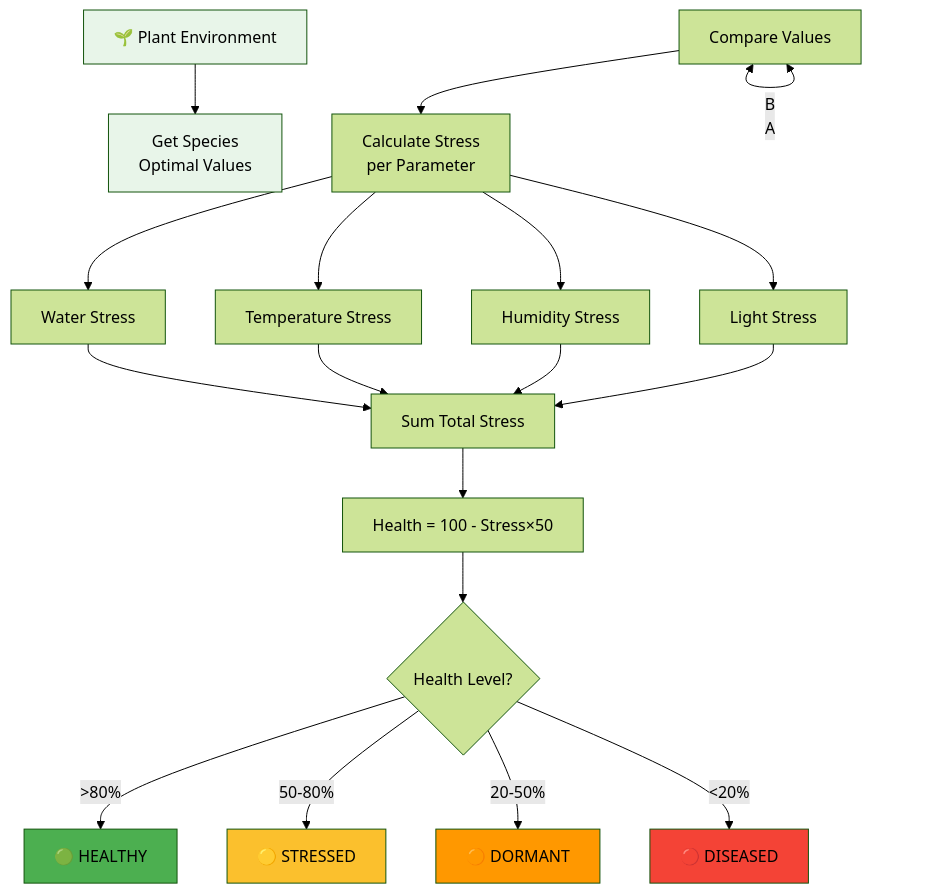
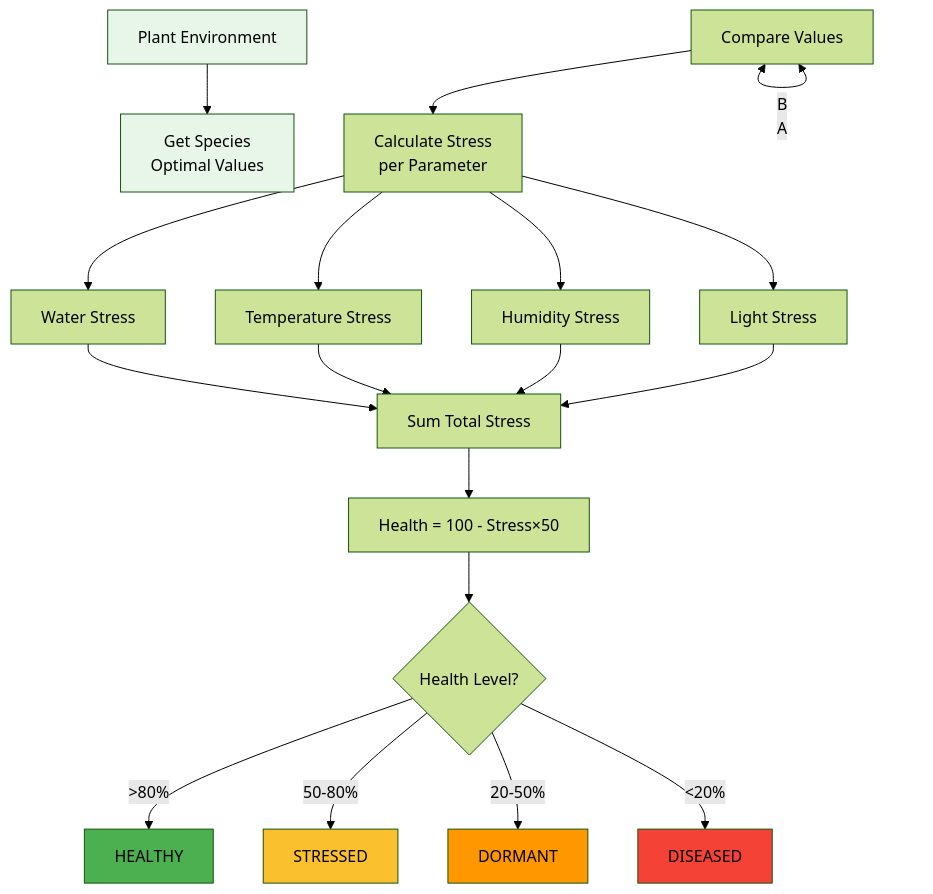
Before and after one commit to fasai444/GreenDesk: the fourth of 5 diagrams in GreenDesk-Doc/docs/architecture.md, drawn with Mermaid (forest theme). The commit also changed other lines of this file and 36 other files, not shown here.

````diff
--- a/GreenDesk-Doc/docs/architecture.md
+++ b/GreenDesk-Doc/docs/architecture.md
@@ -146,32 +146,32 @@
 ```mermaid
 flowchart TD
-    A["🌱 Plant Environment"] --> B["Get Species<br/>Optimal Values"]
+    A["Plant Environment"] --> B["Get Species<br/>Optimal Values"]
     C["Compare Values"] <-- B
     A --> C
     
     C --> D["Calculate Stress<br/>per Parameter"]
     D --> E["Water Stress"]
     D --> F["Temperature Stress"]
     D --> G["Humidity Stress"]
     D --> H["Light Stress"]
     
     E --> I["Sum Total Stress"]
     F --> I
     G --> I
     H --> I
     
     I --> J["Health = 100 - Stress×50"]
     
     J --> K{Health Level?}
-    K -->|>80%| L["🟢 HEALTHY"]
-    K -->|50-80%| M["🟡 STRESSED"]
-    K -->|20-50%| N["🟠 DORMANT"]
-    K -->|<20%| O["🔴 DISEASED"]
+    K -->|>80%| L["HEALTHY"]
+    K -->|50-80%| M["STRESSED"]
+    K -->|20-50%| N["DORMANT"]
+    K -->|<20%| O["DISEASED"]
     
     style A fill:#e8f5e9
     style B fill:#e8f5e9
     style L fill:#4caf50
     style M fill:#fbc02d
     style N fill:#ff9800
     style O fill:#f44336
 ```
````
